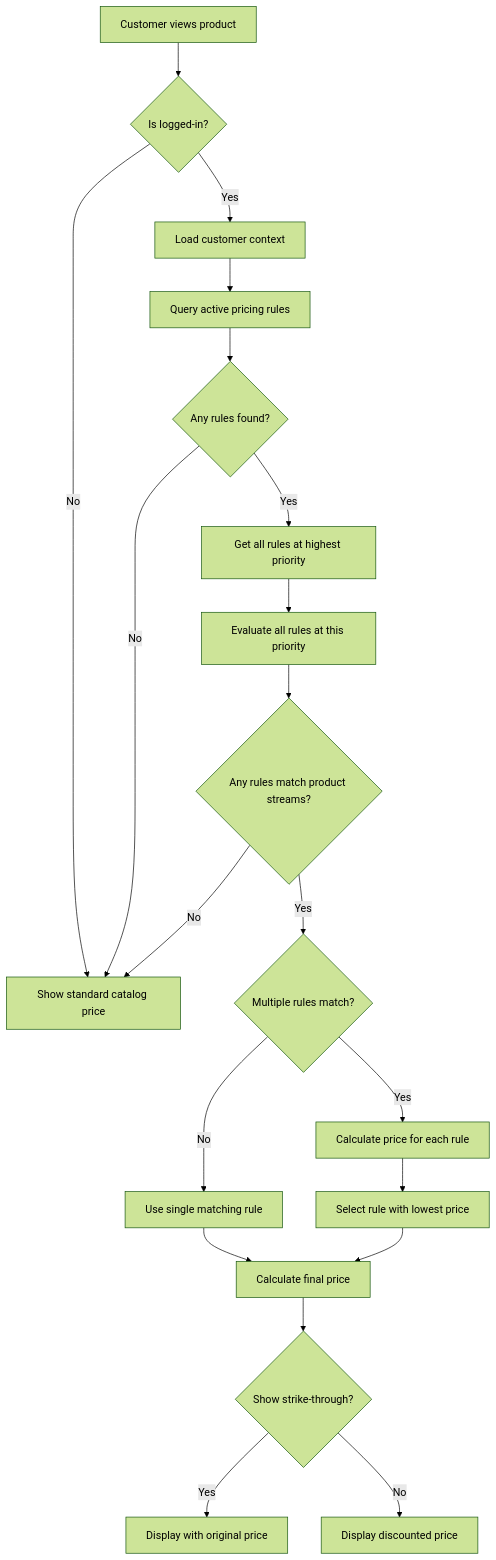
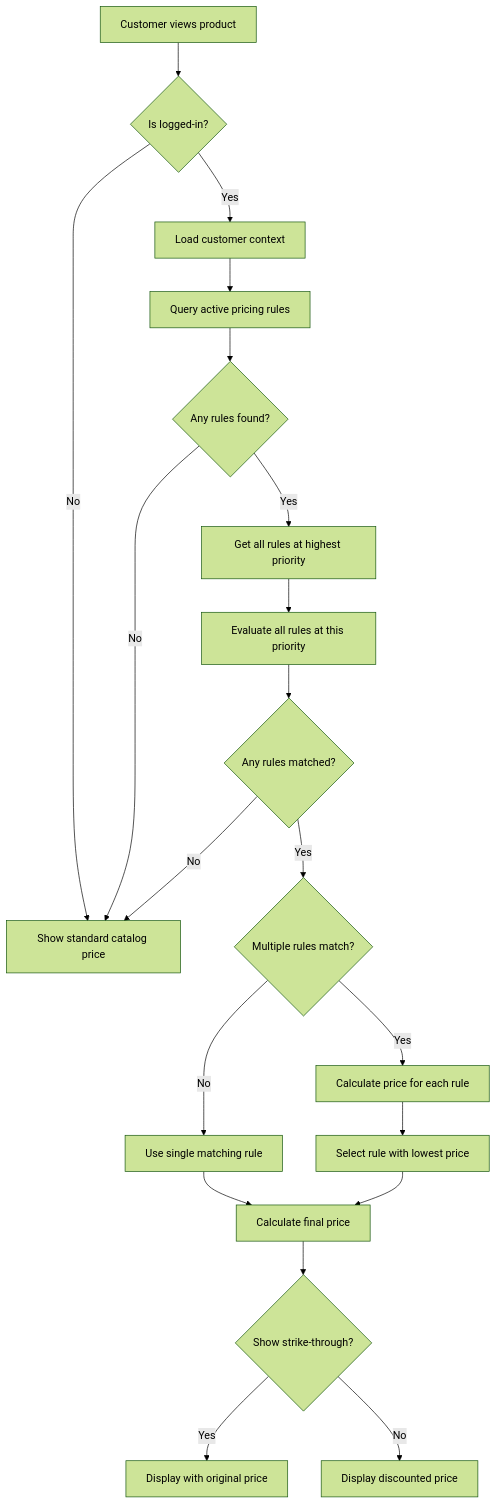
The second of 2 diagrams in products/extensions/b2b-components/individual-pricing/concepts/entities-and-workflow.md (shopware/docs), drawn with Mermaid (forest theme) before and after one commit.

Commit message:
chore: Individual Pricing documentation

````diff
--- a/products/extensions/b2b-components/individual-pricing/concepts/entities-and-workflow.md
+++ b/products/extensions/b2b-components/individual-pricing/concepts/entities-and-workflow.md
@@ -149,22 +149,22 @@
 ```mermaid
 flowchart TD
  A[Customer views product] --> B{Is logged-in?}
  B -->|No| C[Show standard catalog price]
  B -->|Yes| D[Load customer context]
  D --> E[Query active pricing rules]
  E --> F{Any rules found?}
  F -->|No| C
  F -->|Yes| G[Get all rules at highest priority]
  G --> H[Evaluate all rules at this priority]
- H --> I{Any rules match product streams?}
+ H --> I{Any rules matched?}
  I -->|No| C
  I -->|Yes| J{Multiple rules match?}
  J -->|No| K[Use single matching rule]
  J -->|Yes| L[Calculate price for each rule]
  L --> M[Select rule with lowest price]
  K --> Q[Calculate final price]
  M --> Q
  Q --> R{Show strike-through?}
  R -->|Yes| S[Display with original price]
  R -->|No| T[Display discounted price]
 ```
````
